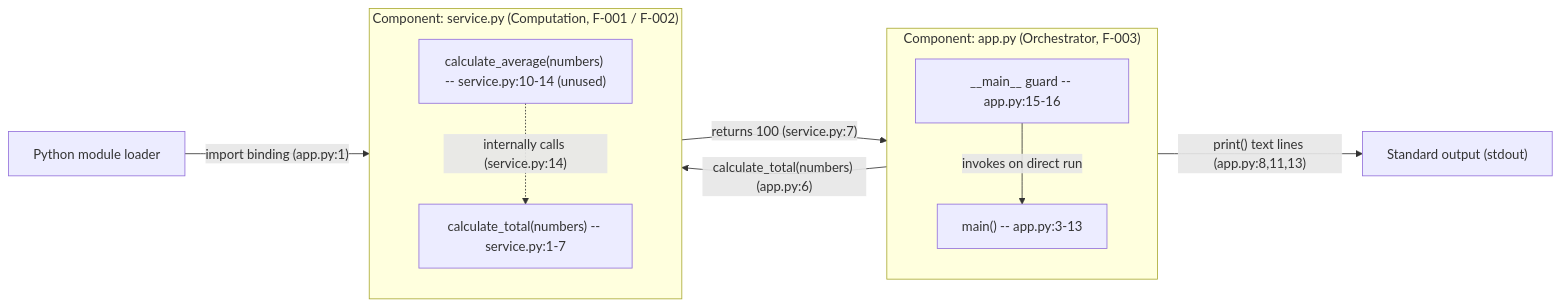
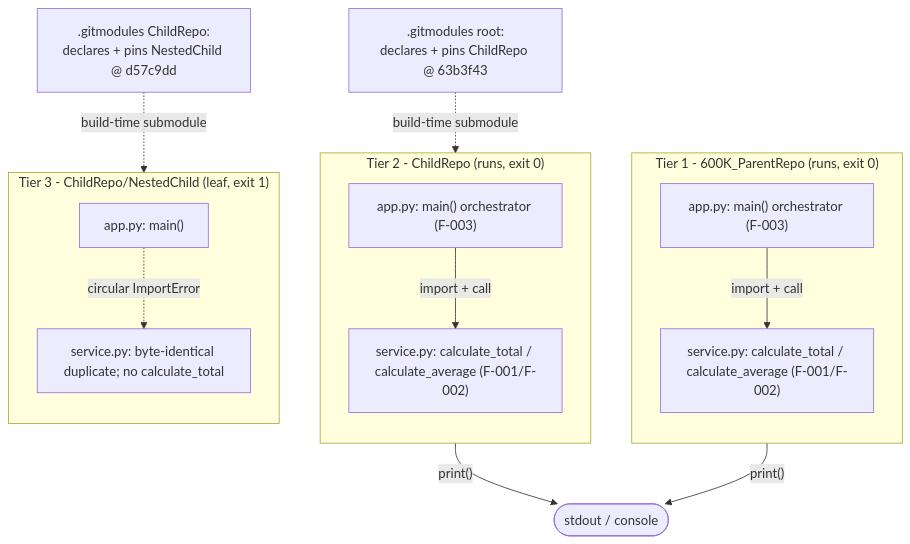
Before and after one commit to lakshya-blitzy/600K_ParentRepo: diagram 15 of 43 in blitzy/documentation/Technical Specifications.md, drawn with Mermaid. The commit also changed other lines of this file, not shown here.

````diff
--- a/blitzy/documentation/Technical Specifications.md
+++ b/blitzy/documentation/Technical Specifications.md
@@ -1391,21 +1395,32 @@
 ```mermaid
-flowchart LR
-    Loader["Python module loader"]
-    subgraph AppComp["Component: app.py (Orchestrator, F-003)"]
+flowchart TD
+    RGit[".gitmodules root:<br/>declares + pins ChildRepo @ 63b3f43"]
+    CGit[".gitmodules ChildRepo:<br/>declares + pins NestedChild @ d57c9dd"]
+    Console(["stdout / console"])
+
+    subgraph Root["Tier 1 - 600K_ParentRepo (runs, exit 0)"]
         direction TB
-        Guard["__main__ guard -- app.py:15-16"]
-        MainFn["main() -- app.py:3-13"]
+        RApp["app.py: main() orchestrator (F-003)"]
+        RSvc["service.py: calculate_total / calculate_average (F-001/F-002)"]
+        RApp -->|"import + call"| RSvc
     end
-    subgraph SvcComp["Component: service.py (Computation, F-001 / F-002)"]
+
+    subgraph Child["Tier 2 - ChildRepo (runs, exit 0)"]
         direction TB
-        Total["calculate_total(numbers) -- service.py:1-7"]
-        Avg["calculate_average(numbers) -- service.py:10-14 (unused)"]
+        CApp["app.py: main() orchestrator (F-003)"]
+        CSvc["service.py: calculate_total / calculate_average (F-001/F-002)"]
+        CApp -->|"import + call"| CSvc
     end
-    StdoutNode["Standard output (stdout)"]
-    Loader -->|"import binding (app.py:1)"| Total
-    Guard -->|"invokes on direct run"| MainFn
-    MainFn -->|"calculate_total(numbers) (app.py:6)"| Total
-    Total -->|"returns 100 (service.py:7)"| MainFn
-    Avg -.->|"internally calls (service.py:14)"| Total
-    MainFn -->|"print() text lines (app.py:8,11,13)"| StdoutNode
+
+    subgraph Nested["Tier 3 - ChildRepo/NestedChild (leaf, exit 1)"]
+        direction TB
+        NApp["app.py: main()"]
+        NSvc["service.py: byte-identical duplicate; no calculate_total"]
+        NApp -.->|"circular ImportError"| NSvc
+    end
+
+    RApp -->|"print()"| Console
+    CApp -->|"print()"| Console
+    RGit -.->|"build-time submodule"| Child
+    CGit -.->|"build-time submodule"| Nested
 ```
````
